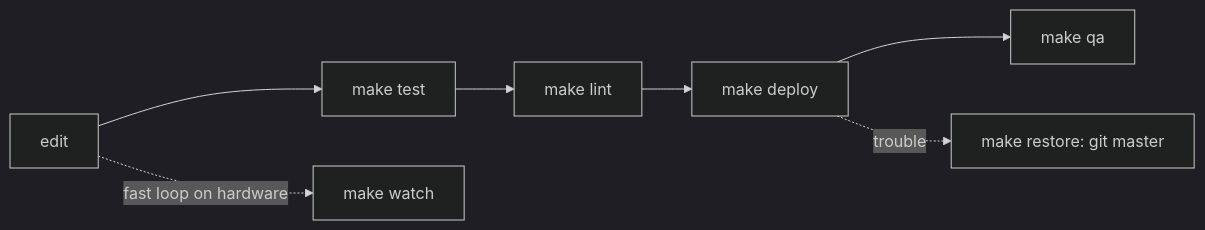
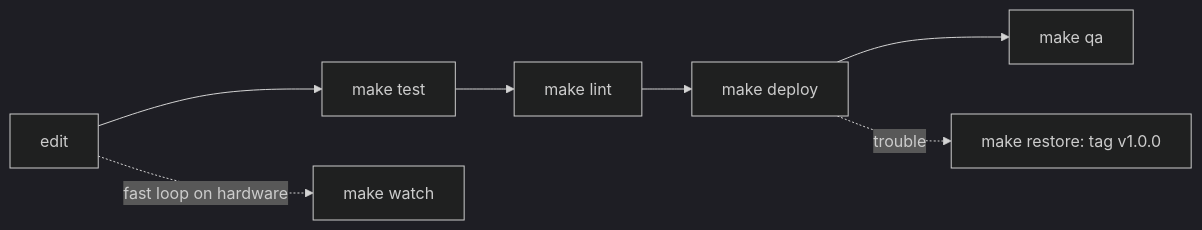
One commit to dreamev/mm-ecu changed the diagram in lode/platform/dev-workflow.md. Above: the diagram before and after it, drawn with Mermaid (dark theme). The commit also changed other lines of this file and 8 other files, not shown here.

First line of the commit message:
fix: make restore deploys release tag v1.0.0, not the master branch

````diff
--- a/lode/platform/dev-workflow.md
+++ b/lode/platform/dev-workflow.md
@@ -3,6 +3,6 @@
 ```mermaid
 flowchart LR
   edit --> test[make test] --> lint[make lint] --> deploy[make deploy] --> qa[make qa]
-  deploy -. trouble .-> restore[make restore: git master]
+  deploy -. trouble .-> restore[make restore: tag v1.0.0]
   edit -. fast loop on hardware .-> watch[make watch]
 ```
````
